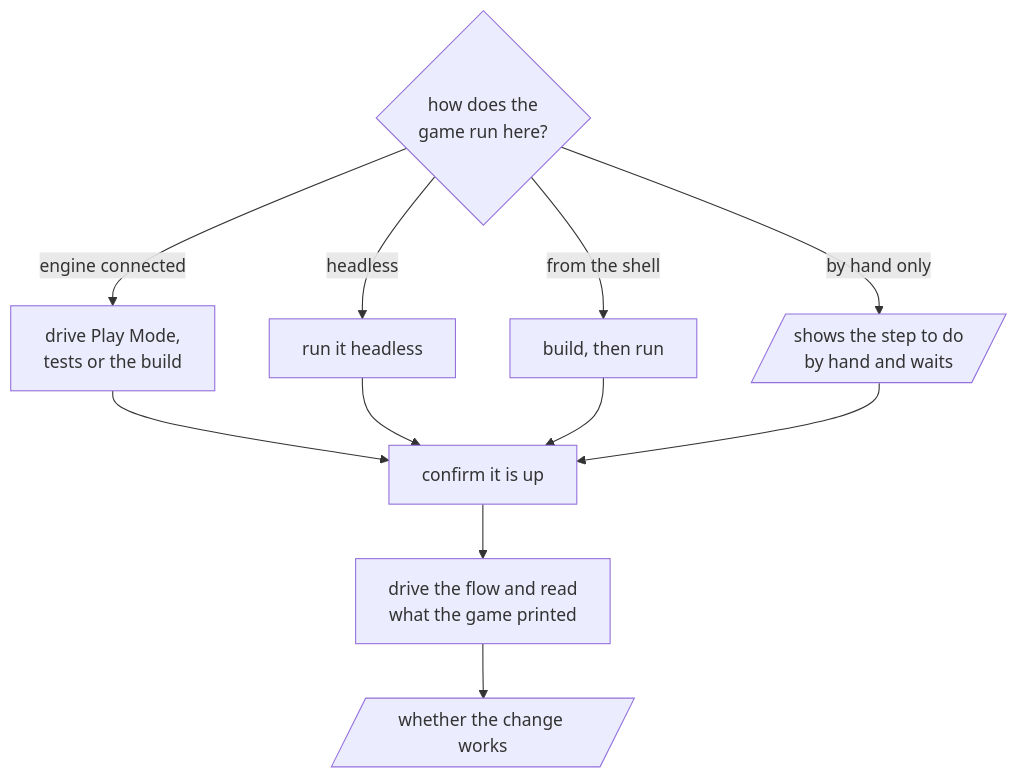
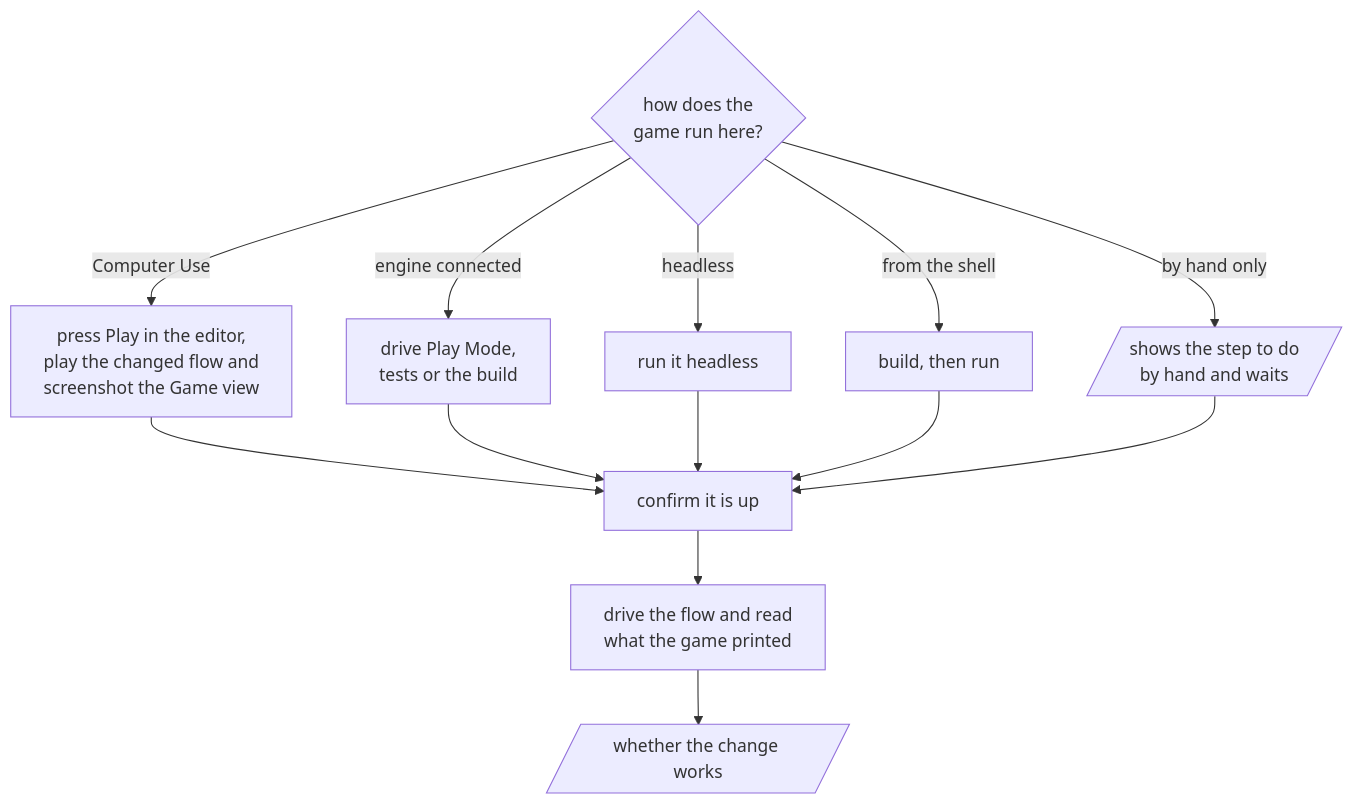
One commit to omni-stove/skill-kit changed the diagram in domains/game/skills/run/README.md. Above: the diagram before and after it, drawn with Mermaid. The commit also changed 23 other files, not shown here.

````diff
--- a/domains/game/skills/run/README.md
+++ b/domains/game/skills/run/README.md
@@ -3,14 +3,16 @@
 ```mermaid
 flowchart TD
   how{how does the<br/>game run here?}
+  how -- "Computer Use" --> play_ed[press Play in the editor,<br/>play the changed flow and<br/>screenshot the Game view]
   how -- "engine connected" --> drive[drive Play Mode,<br/>tests or the build]
   how -- "headless" --> headless[run it headless]
   how -- "from the shell" --> build[build, then run]
   how -- "by hand only" --> manual[/shows the step to do<br/>by hand and waits/]
+  play_ed --> up
   drive --> up[confirm it is up]
   headless --> up
   build --> up
   manual --> up
   up --> play[drive the flow and read<br/>what the game printed]
   play --> result[/whether the change works/]
 ```
````
